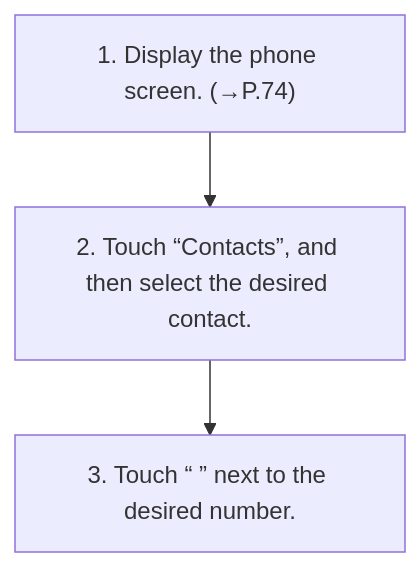
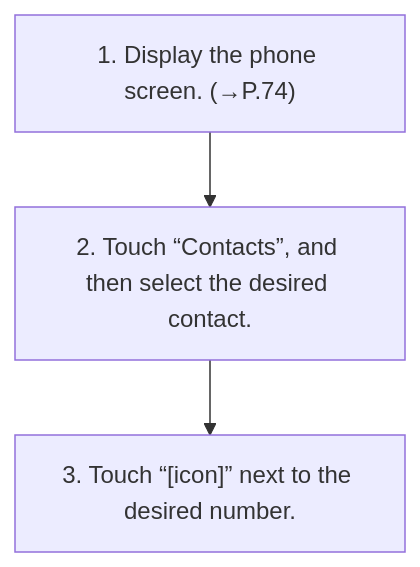
The diagram in workspace/subaru/outback-2026/ivi/published/phone/11-by-contacts-list.md (Chieko-Y/my-spec-generator), drawn with Mermaid before and after one commit. The commit also changed other lines of this file and 477 other files, not shown here.

````diff
--- a/workspace/subaru/outback-2026/ivi/published/phone/11-by-contacts-list.md
+++ b/workspace/subaru/outback-2026/ivi/published/phone/11-by-contacts-list.md
@@ -9,8 +9,8 @@
 ```mermaid
 flowchart TD
     S1["1. Display the phone screen. (→P.74)"]
     S2["2. Touch “Contacts”, and then select the desired contact."]
-    S3["3. Touch “ ” next to the desired number."]
+    S3["3. Touch “[icon]” next to the desired number."]
     S1 --> S2
     S2 --> S3
 ```
````
